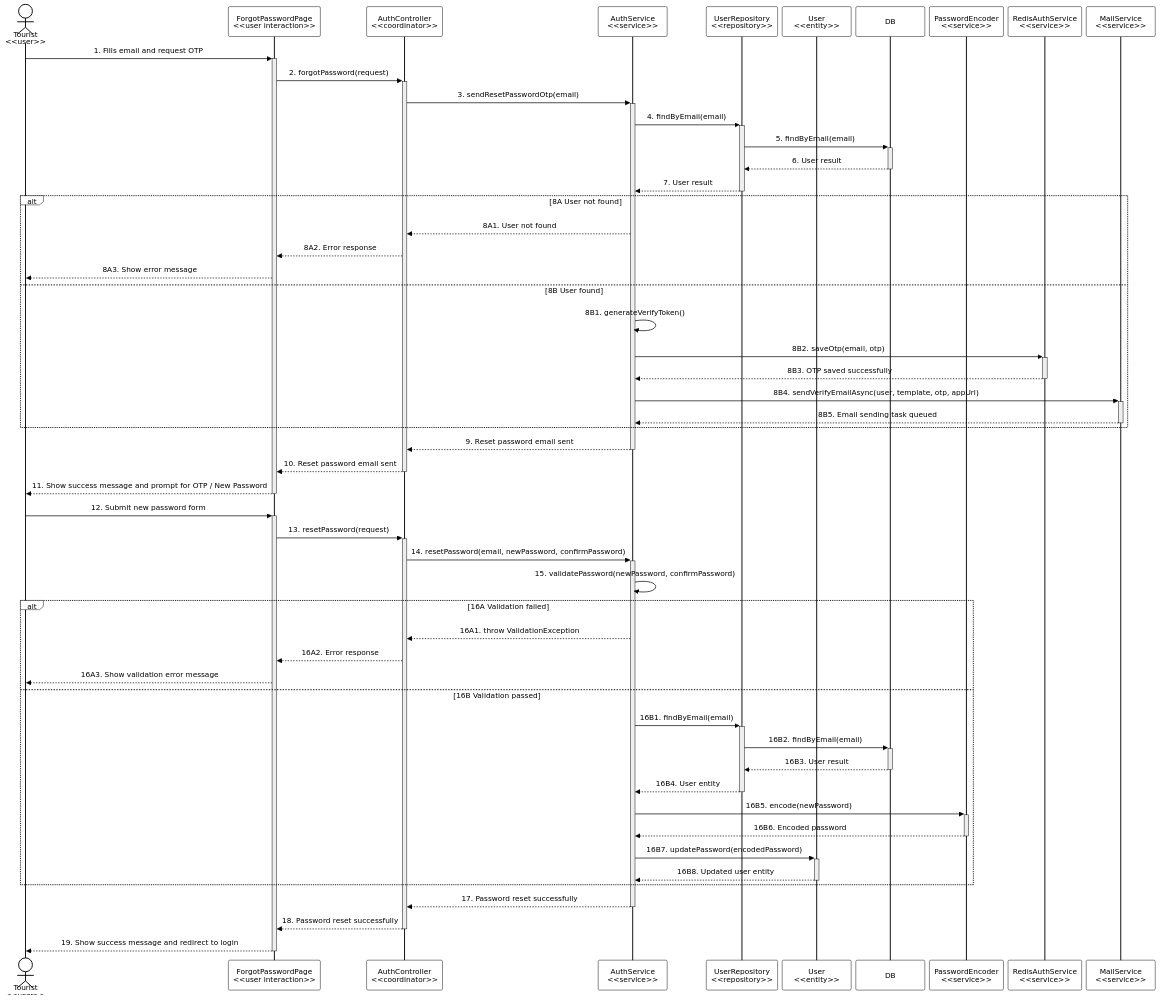
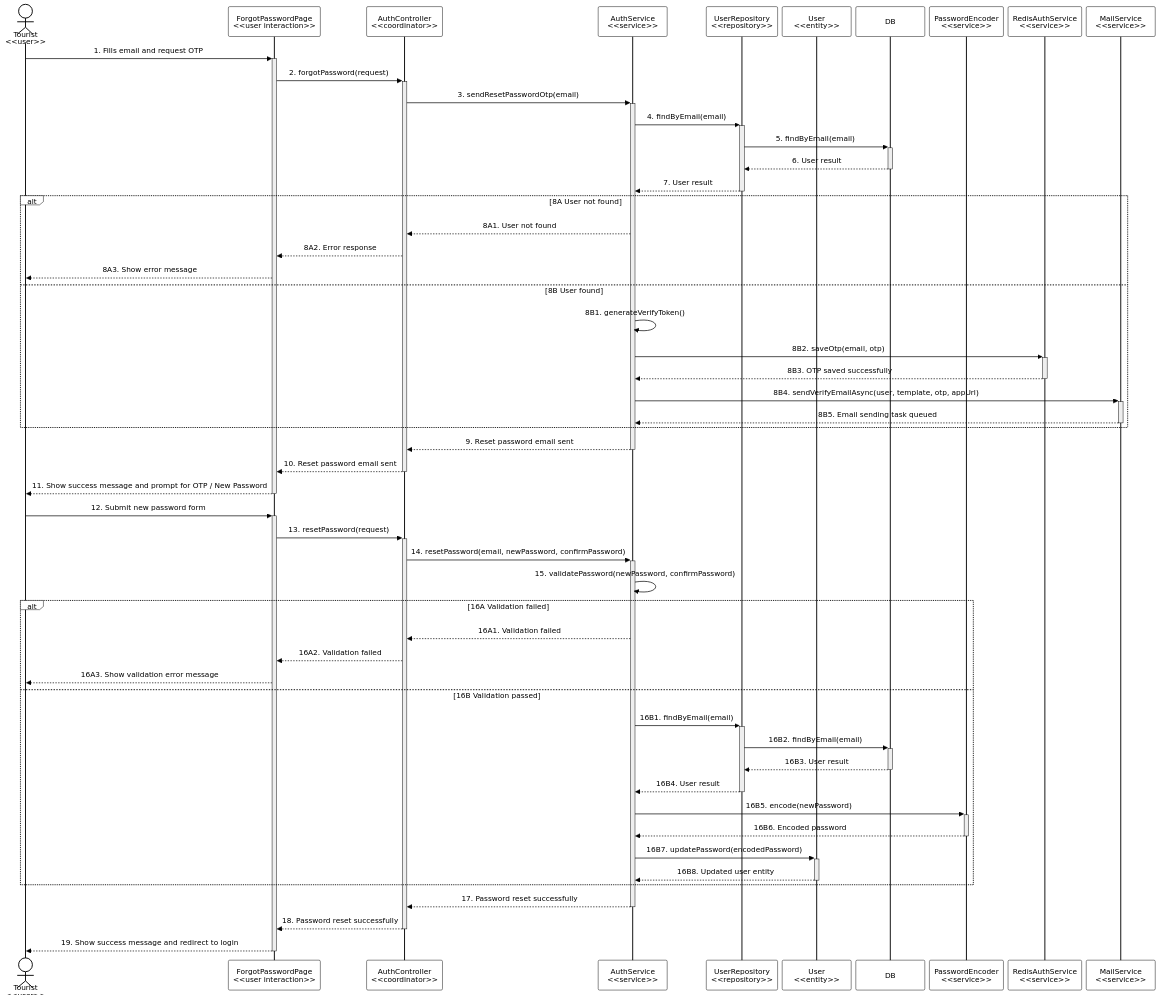
Before and after one commit to Neo-Ngu-hanh-Son/NeoNHS-BE: the diagram in diagrams/Authentication/Forgot-Password-sequence.mmd, drawn with Mermaid. The commit also changed 50 other files, not shown here.

```diff
--- a/diagrams/Authentication/Forgot-Password-sequence.mmd
+++ b/diagrams/Authentication/Forgot-Password-sequence.mmd
@@ -1,83 +1,83 @@
 ---
 config:
   theme: base
   themeVariables:
     primaryColor: "#ffffff"
     primaryTextColor: "#000000"
     primaryBorderColor: "#000000"
     activationBkgColor: "#eeeeee"
     activationBorderColor: "#000000"
     actorBkg: "#ffffff"
     actorTextColor: "#000000"
     actorBorder: "#000000"
     altBackground: "#f5f5f5"
     altBorder: "#000000"
   sequence:
     actorMargin: 10
     messageMargin: 0
 ---
 sequenceDiagram
     actor Tourist as Tourist <br/> <<user>>
     participant ForgotPasswordPage as ForgotPasswordPage <br/> <<user interaction>>
     participant AuthController as AuthController <br/> <<coordinator>>
     participant AuthService as AuthService <br/> <<service>>
     participant UserRepository as UserRepository <br/> <<repository>>
     participant User as User <br/> <<entity>>
     participant DB
     participant PasswordEncoder as PasswordEncoder <br/> <<service>>
     participant RedisAuthService as RedisAuthService <br/> <<service>>
     participant MailService as MailService <br/> <<service>>
 
     %% Phase 1: Request OTP
     Tourist->>+ForgotPasswordPage: 1. Fills email and request OTP
     ForgotPasswordPage->>+AuthController: 2. forgotPassword(request)
     AuthController->>+AuthService: 3. sendResetPasswordOtp(email)
 
     AuthService->>+UserRepository: 4. findByEmail(email)
     UserRepository->>+DB: 5. findByEmail(email)
     DB-->>-UserRepository: 6. User result
     UserRepository-->>-AuthService: 7. User result
 
     alt 8A User not found
         AuthService-->>AuthController: 8A1. User not found
         AuthController-->>ForgotPasswordPage: 8A2. Error response
         ForgotPasswordPage-->>Tourist: 8A3. Show error message
     else 8B User found
         AuthService->>AuthService: 8B1. generateVerifyToken()
         AuthService->>+RedisAuthService: 8B2. saveOtp(email, otp)
         RedisAuthService-->>-AuthService: 8B3. OTP saved successfully
         AuthService->>+MailService: 8B4. sendVerifyEmailAsync(user, template, otp, appUrl)
         MailService-->>-AuthService: 8B5. Email sending task queued
     end
 
     AuthService-->>-AuthController: 9. Reset password email sent
     AuthController-->>-ForgotPasswordPage: 10. Reset password email sent
     ForgotPasswordPage-->>-Tourist: 11. Show success message and prompt for OTP / New Password
 
     %% Phase 2: Reset Password
     Tourist->>+ForgotPasswordPage: 12. Submit new password form
     ForgotPasswordPage->>+AuthController: 13. resetPassword(request)
     AuthController->>+AuthService: 14. resetPassword(email, newPassword, confirmPassword)
 
     AuthService->>AuthService: 15. validatePassword(newPassword, confirmPassword)
 
     alt 16A Validation failed
-        AuthService-->>AuthController: 16A1. throw ValidationException
-        AuthController-->>ForgotPasswordPage: 16A2. Error response
+        AuthService-->>AuthController: 16A1. Validation failed
+        AuthController-->>ForgotPasswordPage: 16A2. Validation failed
         ForgotPasswordPage-->>Tourist: 16A3. Show validation error message
     else 16B Validation passed
         AuthService->>+UserRepository: 16B1. findByEmail(email)
         UserRepository->>+DB: 16B2. findByEmail(email)
         DB-->>-UserRepository: 16B3. User result
-        UserRepository-->>-AuthService: 16B4. User entity
+        UserRepository-->>-AuthService: 16B4. User result
 
         AuthService->>+PasswordEncoder: 16B5. encode(newPassword)
         PasswordEncoder-->>-AuthService: 16B6. Encoded password
 
         AuthService->>+User: 16B7. updatePassword(encodedPassword)
         User-->>-AuthService: 16B8. Updated user entity
     end
 
     AuthService-->>-AuthController: 17. Password reset successfully
     AuthController-->>-ForgotPasswordPage: 18. Password reset successfully
     ForgotPasswordPage-->>-Tourist: 19. Show success message and redirect to login
```
